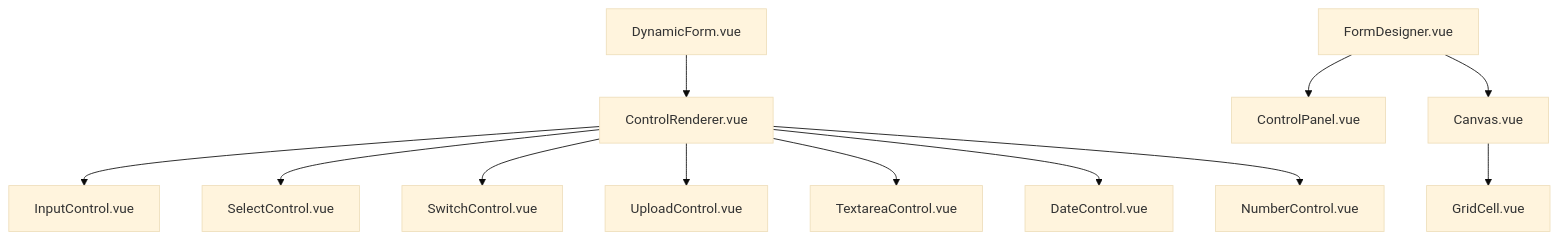
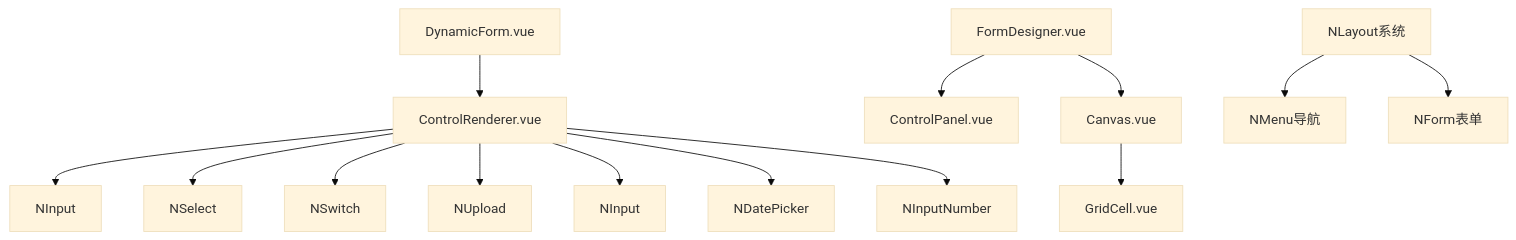
The seventh of 7 diagrams in .qoder/repowiki/zh/content/前端架构设计/前端架构设计.md (NJMrLi/genetics), drawn with Mermaid (base theme) before and after one commit. The commit also changed other lines of this file and 32 other files, not shown here.

````diff
--- a/.qoder/repowiki/zh/content/前端架构设计/前端架构设计.md
+++ b/.qoder/repowiki/zh/content/前端架构设计/前端架构设计.md
@@ -280,14 +346,16 @@
 ```mermaid
 graph TB
 Dyn["DynamicForm.vue"] --> Ren["ControlRenderer.vue"]
-Ren --> C1["InputControl.vue"]
-Ren --> C2["SelectControl.vue"]
-Ren --> C3["SwitchControl.vue"]
-Ren --> C4["UploadControl.vue"]
-Ren --> C5["TextareaControl.vue"]
-Ren --> C6["DateControl.vue"]
-Ren --> C7["NumberControl.vue"]
+Ren --> C1["NInput"]
+Ren --> C2["NSelect"]
+Ren --> C3["NSwitch"]
+Ren --> C4["NUpload"]
+Ren --> C5["NInput"]
+Ren --> C6["NDatePicker"]
+Ren --> C7["NInputNumber"]
 DS["FormDesigner.vue"] --> CP["ControlPanel.vue"]
 DS --> CAN["Canvas.vue"]
 CAN --> GC["GridCell.vue"]
+LAYOUT["NLayout系统"] --> MENU["NMenu导航"]
+LAYOUT --> FORM["NForm表单"]
 ```
````
